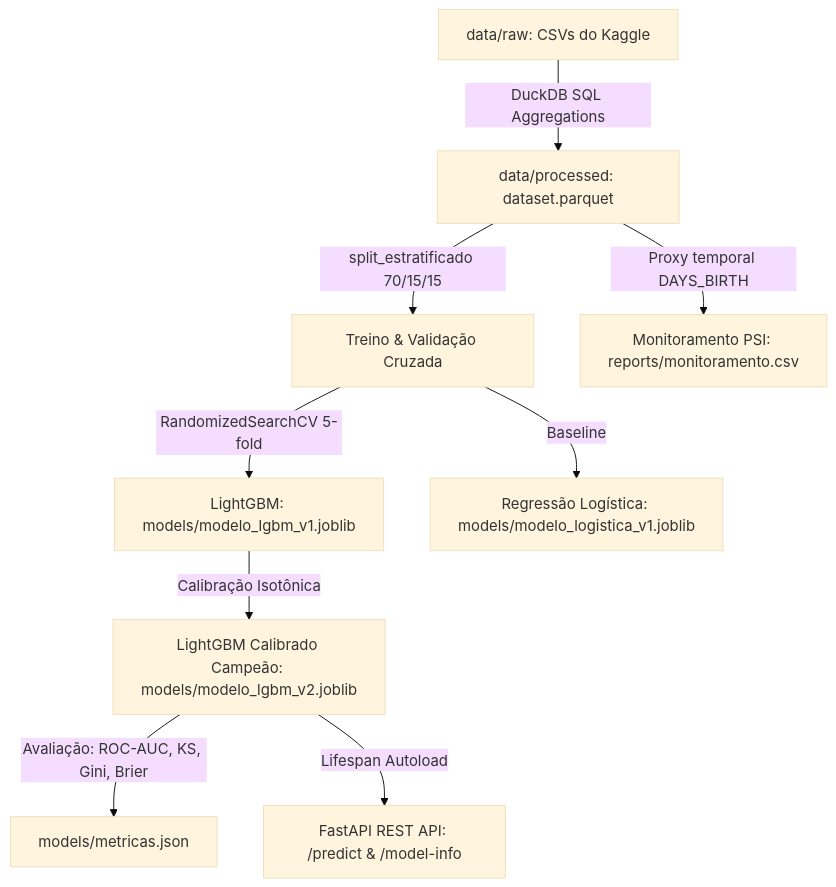
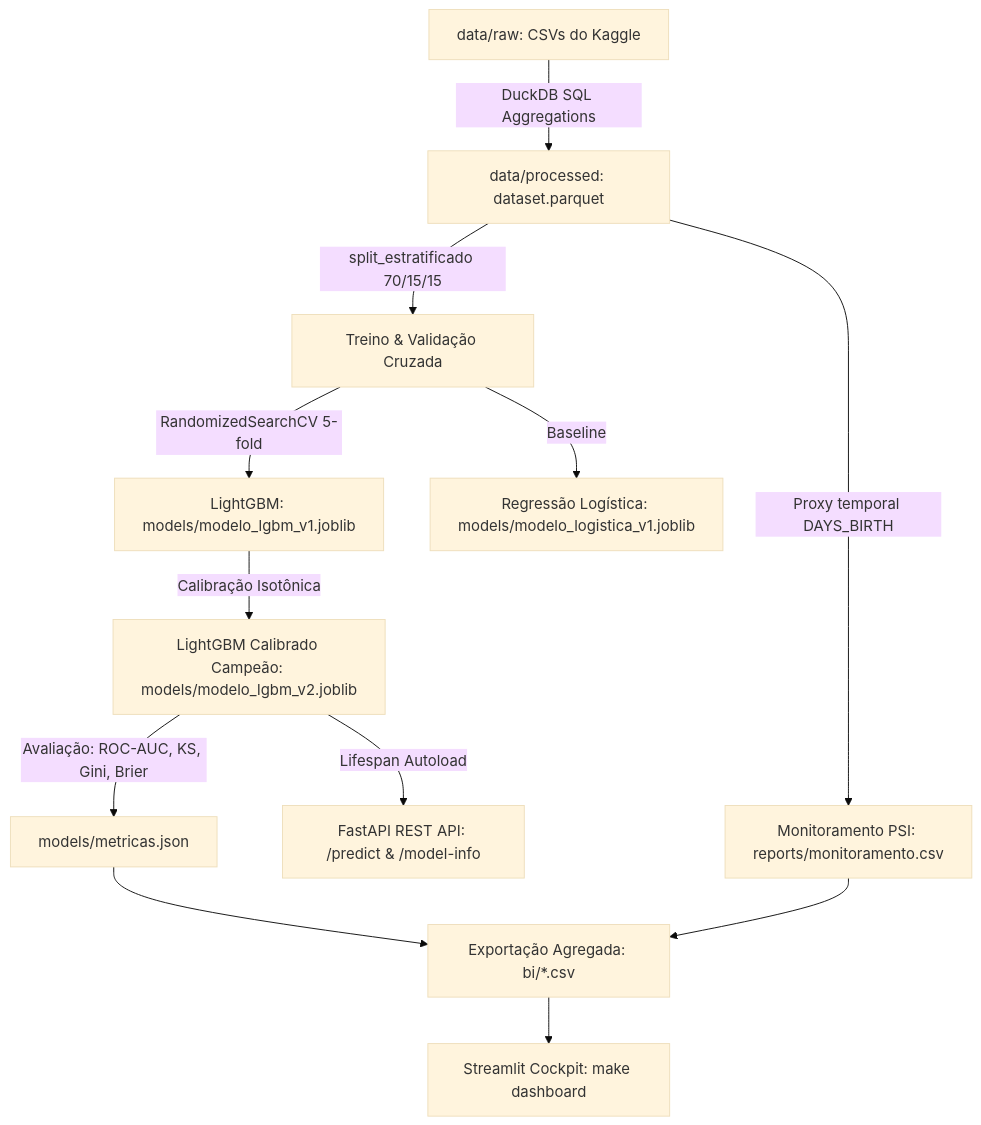
One commit to elycbarros/credit-lens changed the diagram in README.md. Above: the diagram before and after it, drawn with Mermaid (base theme). The commit also changed other lines of this file and 8 other files, not shown here.

Commit message:
feat: dashboard interativo em streamlit com simulador de corte e monitoramento

````diff
--- a/README.md
+++ b/README.md
@@ -34,11 +34,14 @@
 ```mermaid
 flowchart TD
     A[data/raw: CSVs do Kaggle] -->|DuckDB SQL Aggregations| B[data/processed: dataset.parquet]
     B -->|split_estratificado 70/15/15| C[Treino & Validação Cruzada]
     C -->|RandomizedSearchCV 5-fold| D[LightGBM: models/modelo_lgbm_v1.joblib]
     C -->|Baseline| E[Regressão Logística: models/modelo_logistica_v1.joblib]
     D -->|Calibração Isotônica| I[LightGBM Calibrado Campeão: models/modelo_lgbm_v2.joblib]
     I -->|Avaliação: ROC-AUC, KS, Gini, Brier| F[models/metricas.json]
     B -->|Proxy temporal DAYS_BIRTH| G[Monitoramento PSI: reports/monitoramento.csv]
     I -->|Lifespan Autoload| H[FastAPI REST API: /predict & /model-info]
+    F --> J[Exportação Agregada: bi/*.csv]
+    G --> J
+    J --> K[Streamlit Cockpit: make dashboard]
 ```
````
